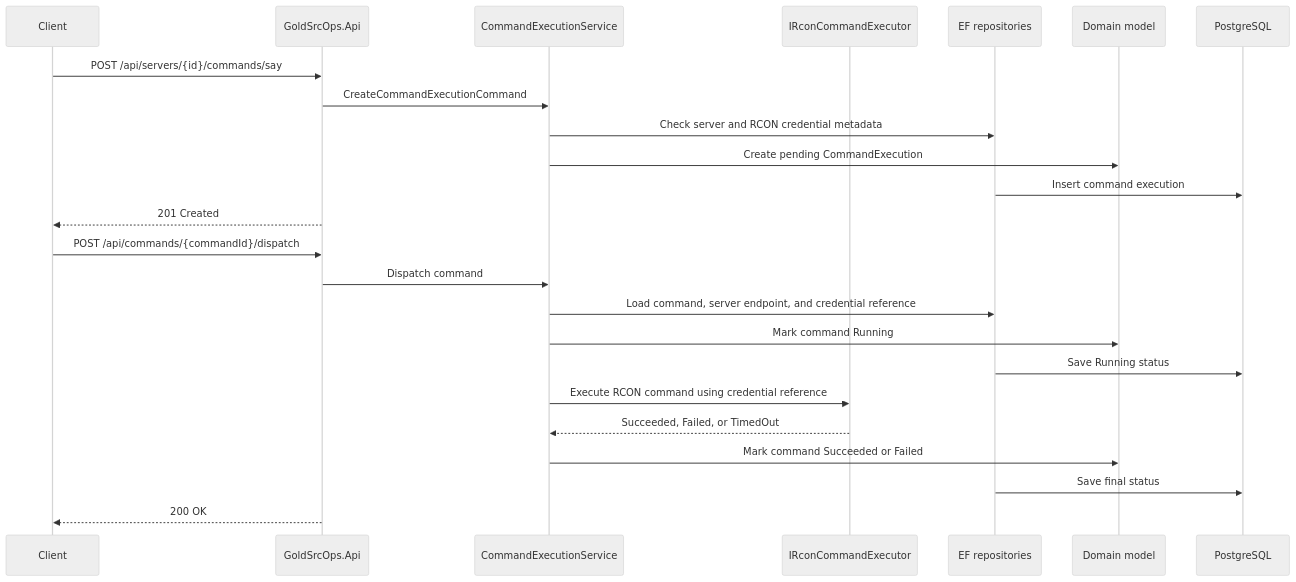
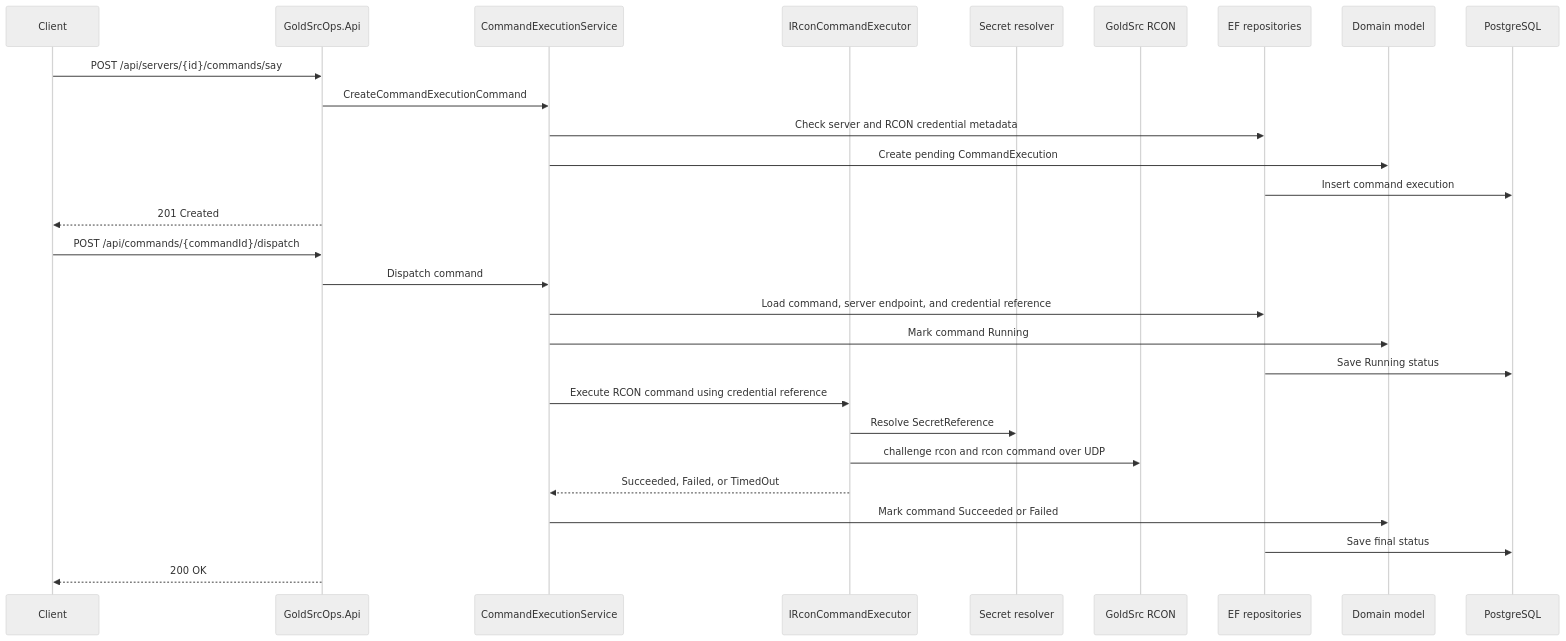
The fifth of 5 diagrams in docs/architecture.md (tov-vl/gold-src-ops), drawn with Mermaid (neutral theme) before and after one commit. The commit also changed other lines of this file and 21 other files, not shown here.

Commit message:
Add live GoldSrc RCON executor

````diff
--- a/docs/architecture.md
+++ b/docs/architecture.md
@@ -160,28 +168,32 @@
 ```mermaid
 sequenceDiagram
     participant Client
     participant API as GoldSrcOps.Api
     participant App as CommandExecutionService
     participant Executor as IRconCommandExecutor
+    participant Secrets as Secret resolver
+    participant RCON as GoldSrc RCON
     participant Repo as EF repositories
     participant Domain as Domain model
     participant Db as PostgreSQL
 
     Client->>API: POST /api/servers/{id}/commands/say
     API->>App: CreateCommandExecutionCommand
     App->>Repo: Check server and RCON credential metadata
     App->>Domain: Create pending CommandExecution
     Repo->>Db: Insert command execution
     API-->>Client: 201 Created
 
     Client->>API: POST /api/commands/{commandId}/dispatch
     API->>App: Dispatch command
     App->>Repo: Load command, server endpoint, and credential reference
     App->>Domain: Mark command Running
     Repo->>Db: Save Running status
     App->>Executor: Execute RCON command using credential reference
+    Executor->>Secrets: Resolve SecretReference
+    Executor->>RCON: challenge rcon and rcon command over UDP
     Executor-->>App: Succeeded, Failed, or TimedOut
     App->>Domain: Mark command Succeeded or Failed
     Repo->>Db: Save final status
     API-->>Client: 200 OK
 ```
````
